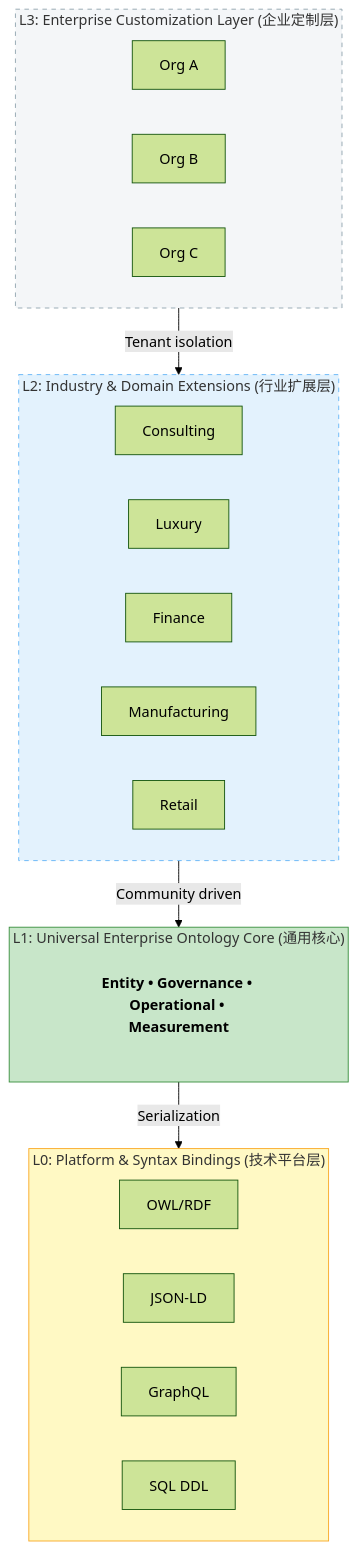
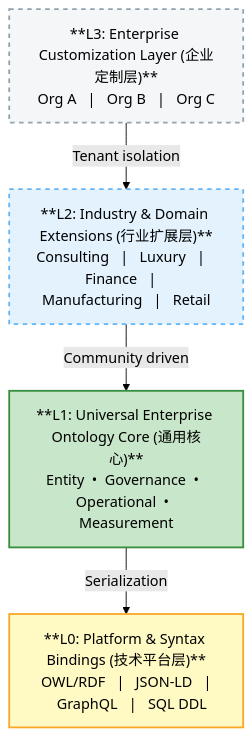
Before and after one commit to ramphias/universal-ontology-definition: the diagram in docs-site/architecture/four-layer-model.md, drawn with Mermaid (forest theme).

Commit message:
docs: compact four layer model mermaid diagram

````diff
--- a/docs-site/architecture/four-layer-model.md
+++ b/docs-site/architecture/four-layer-model.md
@@ -8,41 +8,16 @@
 ```mermaid
 graph TB
-    subgraph L3["L3: Enterprise Customization Layer (企业定制层)"]
-        direction LR
-        Oa["Org A"] 
-        Ob["Org B"] 
-        Oc["Org C"]
-    end
-    
-    subgraph L2["L2: Industry & Domain Extensions (行业扩展层)"]
-        direction LR
-        C["Consulting"]
-        L["Luxury"]
-        F["Finance"]
-        M["Manufacturing"]
-        R["Retail"]
-    end
-    
-    subgraph L1["L1: Universal Enterprise Ontology Core (通用核心)"]
-        direction LR
-        L1Subs["Entity • Governance • Operational • Measurement"]
-    end
-    
-    subgraph L0["L0: Platform & Syntax Bindings (技术平台层)"]
-        direction LR
-        OWL["OWL/RDF"]
-        JLD["JSON-LD"]
-        GQL["GraphQL"]
-        SQL["SQL DDL"]
-    end
+    L3["**L3: Enterprise Customization Layer (企业定制层)**<br/>Org A &nbsp;&nbsp;|&nbsp;&nbsp; Org B &nbsp;&nbsp;|&nbsp;&nbsp; Org C"]
+    L2["**L2: Industry & Domain Extensions (行业扩展层)**<br/>Consulting &nbsp;&nbsp;|&nbsp;&nbsp; Luxury &nbsp;&nbsp;|&nbsp;&nbsp; Finance &nbsp;&nbsp;|&nbsp;&nbsp; Manufacturing &nbsp;&nbsp;|&nbsp;&nbsp; Retail"]
+    L1["**L1: Universal Enterprise Ontology Core (通用核心)**<br/>Entity &nbsp;•&nbsp; Governance &nbsp;•&nbsp; Operational &nbsp;•&nbsp; Measurement"]
+    L0["**L0: Platform & Syntax Bindings (技术平台层)**<br/>OWL/RDF &nbsp;&nbsp;|&nbsp;&nbsp; JSON-LD &nbsp;&nbsp;|&nbsp;&nbsp; GraphQL &nbsp;&nbsp;|&nbsp;&nbsp; SQL DDL"]
     
     L3 -->|Tenant isolation| L2
     L2 -->|Community driven| L1
     L1 -->|Serialization| L0
     
-    style L3 fill:#f4f6f8,stroke:#90a4ae,stroke-dasharray:5 5
-    style L2 fill:#e3f2fd,stroke:#64b5f6,stroke-dasharray:5 5
-    style L1 fill:#c8e6c9,stroke:#388e3c
-    style L0 fill:#fff9c4,stroke:#f9a825
-    style L1Subs fill:transparent,stroke:none,font-weight:bold
+    style L3 fill:#f4f6f8,stroke:#90a4ae,stroke-dasharray:5 5,stroke-width:2px,padding:15px
+    style L2 fill:#e3f2fd,stroke:#64b5f6,stroke-dasharray:5 5,stroke-width:2px,padding:15px
+    style L1 fill:#c8e6c9,stroke:#388e3c,stroke-width:2px,padding:15px
+    style L0 fill:#fff9c4,stroke:#f9a825,stroke-width:2px,padding:15px
 ```
````
